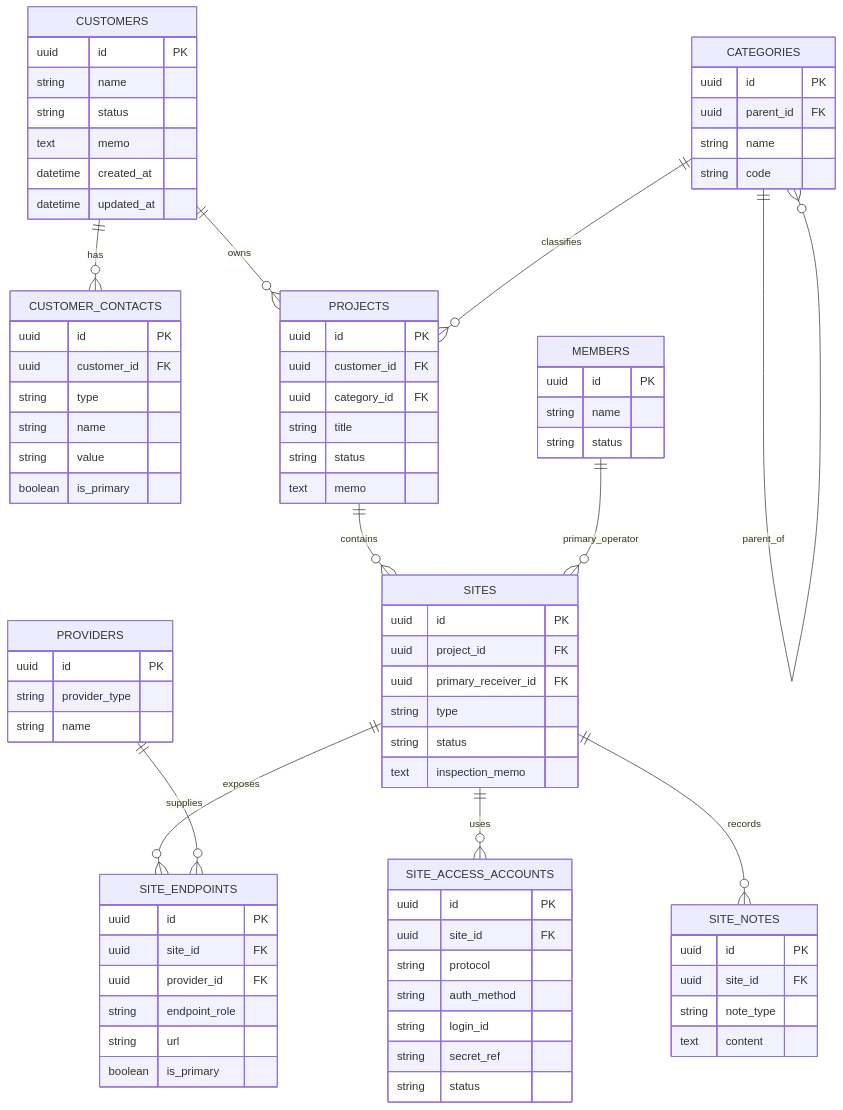
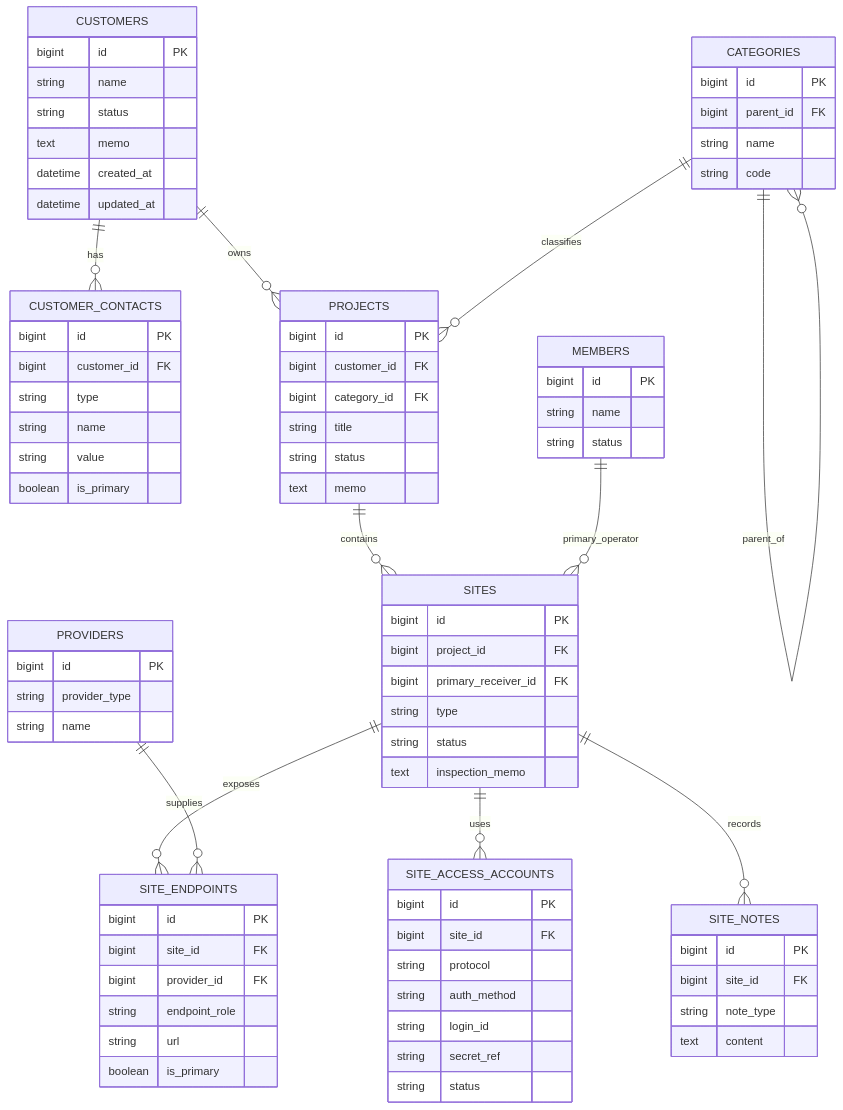
The diagram in docs/erd-1st-review.md (gyeolhwi/hermes34-project), drawn with Mermaid before and after one commit. The commit also changed other lines of this file and 1 other file, not shown here.

Commit message:
docs: simplify schema identifiers to bigint

```diff
--- a/docs/erd-1st-review.md
+++ b/docs/erd-1st-review.md
@@ -33,7 +41,7 @@
     SITES ||--o{ SITE_NOTES : records
 
     CUSTOMERS {
-      uuid id PK
+      bigint id PK
       string name
       string status
       text memo
@@ -41,51 +49,51 @@
       datetime updated_at
     }
     CUSTOMER_CONTACTS {
-      uuid id PK
-      uuid customer_id FK
+      bigint id PK
+      bigint customer_id FK
       string type
       string name
       string value
       boolean is_primary
     }
     CATEGORIES {
-      uuid id PK
-      uuid parent_id FK
+      bigint id PK
+      bigint parent_id FK
       string name
       string code
     }
     PROJECTS {
-      uuid id PK
-      uuid customer_id FK
-      uuid category_id FK
+      bigint id PK
+      bigint customer_id FK
+      bigint category_id FK
       string title
       string status
       text memo
     }
     SITES {
-      uuid id PK
-      uuid project_id FK
-      uuid primary_receiver_id FK
+      bigint id PK
+      bigint project_id FK
+      bigint primary_receiver_id FK
       string type
       string status
       text inspection_memo
     }
     SITE_ENDPOINTS {
-      uuid id PK
-      uuid site_id FK
-      uuid provider_id FK
+      bigint id PK
+      bigint site_id FK
+      bigint provider_id FK
       string endpoint_role
       string url
       boolean is_primary
     }
     PROVIDERS {
-      uuid id PK
+      bigint id PK
       string provider_type
       string name
     }
     SITE_ACCESS_ACCOUNTS {
-      uuid id PK
-      uuid site_id FK
+      bigint id PK
+      bigint site_id FK
       string protocol
       string auth_method
       string login_id
@@ -93,13 +101,13 @@
       string status
     }
     MEMBERS {
-      uuid id PK
+      bigint id PK
       string name
       string status
     }
     SITE_NOTES {
-      uuid id PK
-      uuid site_id FK
+      bigint id PK
+      bigint site_id FK
       string note_type
       text content
     }
```
